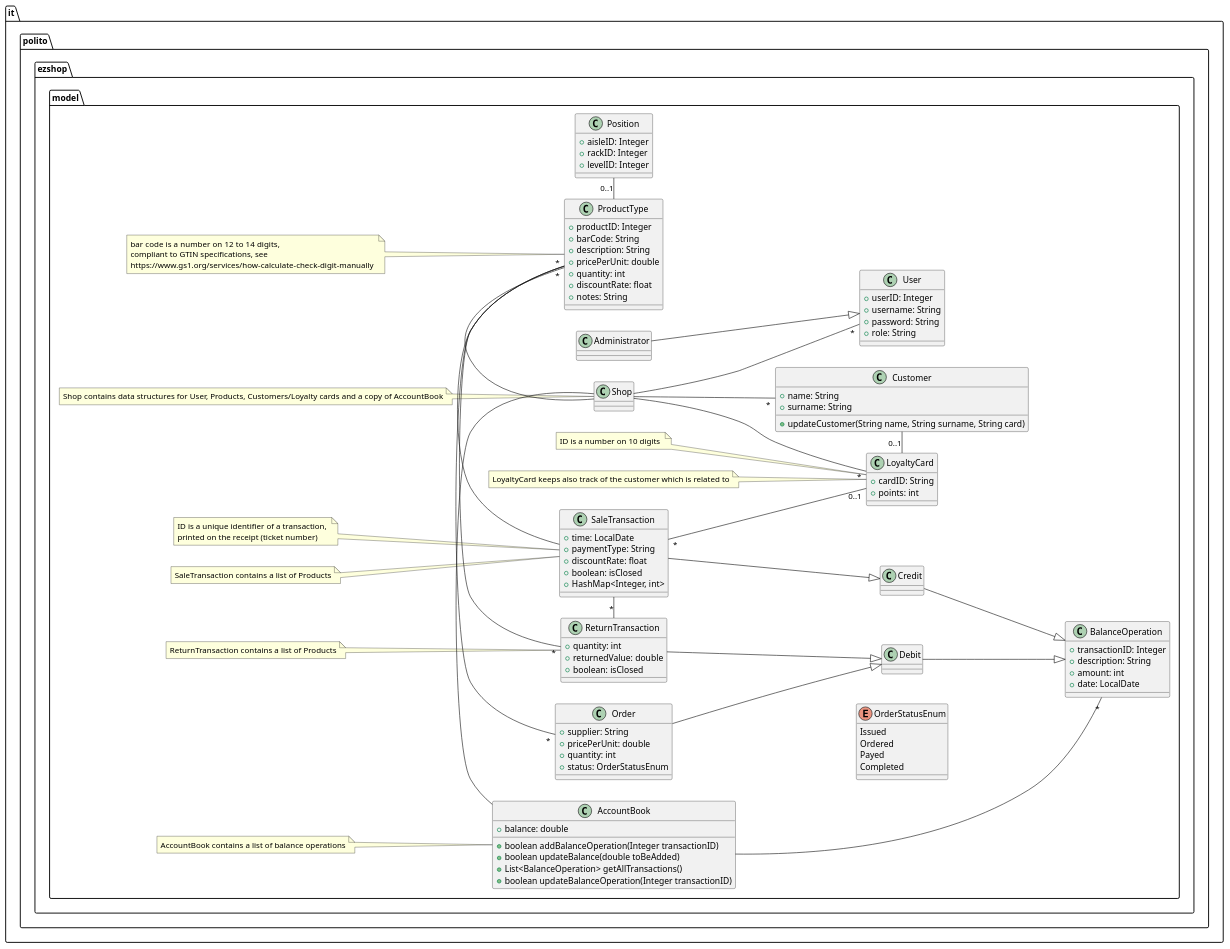
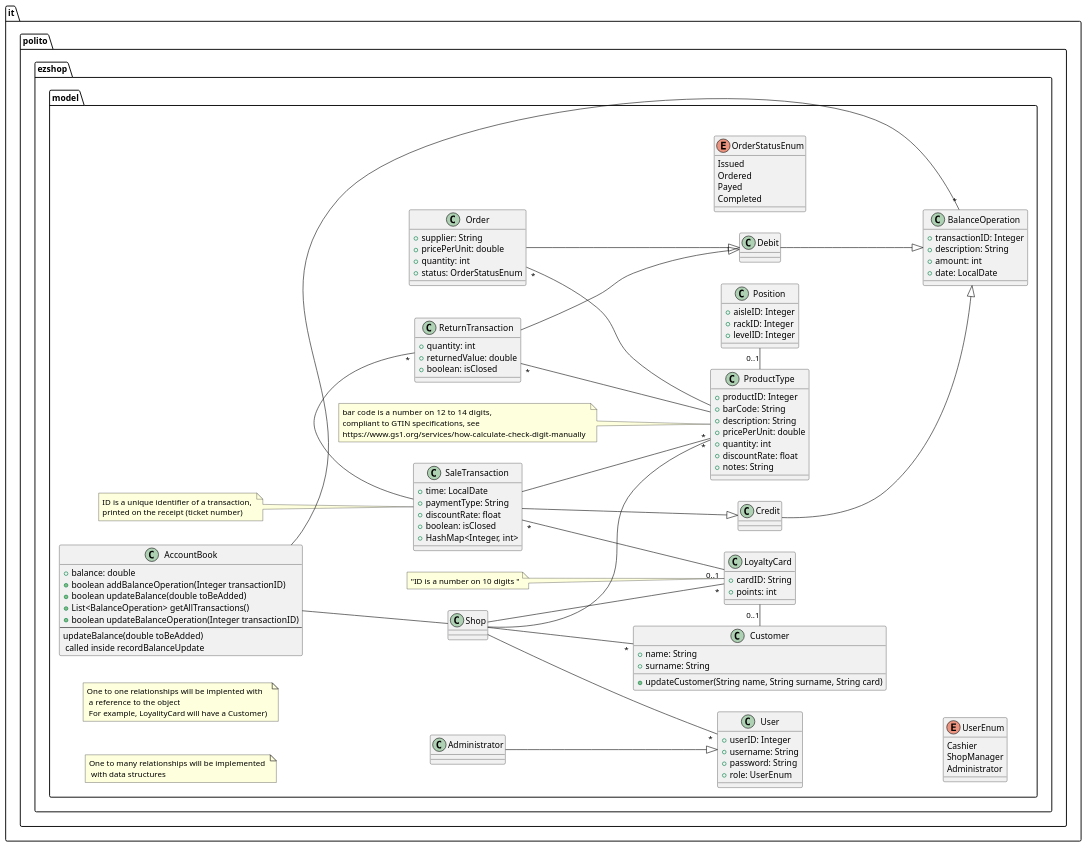
Before and after one commit to Stormz4/group20-EzShop: the third of 23 diagrams in Deliverables/DesignDocument.md, drawn with PlantUML. The commit also changed other lines of this file, not shown here.

Commit message:
Doc: Modified use case diagrams, class diagram and verification matrix

````diff
--- a/Deliverables/DesignDocument.md
+++ b/Deliverables/DesignDocument.md
@@ -151,6 +149,5 @@
 ```plantuml
 @startuml
-
 left to right direction
 
 
@@ -159,12 +156,34 @@
 
 }
 
+
+
+class ProductType{
+    +productID: Integer
+    +barCode: String
+    +description: String
+    +pricePerUnit: double
+    +quantity: int
+    +discountRate: float
+    +notes: String
+}
+
 class User{
     +userID: Integer
     +username: String
     +password: String
-    +role: String
+    +role: UserEnum
 }
+
+
+Enum UserEnum {
+    Cashier
+    ShopManager
+    Administrator
+}
+
+User -[hidden]-> UserEnum
+
 
 Administrator --|> User
 
@@ -176,8 +195,10 @@
  +boolean updateBalance(double toBeAdded)
  +List<BalanceOperation> getAllTransactions()
  +boolean updateBalanceOperation(Integer transactionID)
+ --
+ updateBalance(double toBeAdded)\n called inside recordBalanceUpdate
 }
-AccountBook - Shop
+AccountBook -down- Shop
 class BalanceOperation {
  +transactionID: Integer
  +description: String 
@@ -199,17 +220,8 @@
 ReturnTransaction --|> Debit
 
 
-class ProductType{
-    +productID: Integer
-    +barCode: String
-    +description: String
-    +pricePerUnit: double
-    +quantity: int
-    +discountRate: float
-    +notes: String
-}
 
-Shop - "*" ProductType
+Shop -down- "*" ProductType
 
 class SaleTransaction {
     +time: LocalDate
@@ -275,22 +287,14 @@
 ReturnTransaction "*" - SaleTransaction
 ReturnTransaction "*" - ProductType
 
-note "ID is a number on 10 digits " as N1  
-N1 .. LoyaltyCard
+note left of LoyaltyCard: "ID is a number on 10 digits "
 note "bar code is a number on 12 to 14  digits,\ncompliant to GTIN specifications, see \nhttps://www.gs1.org/services/how-calculate-check-digit-manually " as N2  
 N2 .. ProductType
 note "ID is a unique identifier of a transaction, \nprinted on the receipt (ticket number) " as N3
 N3 .. SaleTransaction
-note "AccountBook contains a list of balance operations" as N4
-N4 .. AccountBook
-note "Shop contains data structures for User, Products, Customers/Loyalty cards and a copy of AccountBook" as N5
-N5 .. Shop
-note "SaleTransaction contains a list of Products" as N6
-N6 .. SaleTransaction
-note "ReturnTransaction contains a list of Products" as N7
-N7 .. ReturnTransaction
-note "LoyaltyCard keeps also track of the customer which is related to" as N8
-N8 .. LoyaltyCard
+note "One to one relationships will be implented with \n a reference to the object \n For example, LoyalityCard will have a Customer) " as N4
+note "One to many relationships will be implemented \n with data structures" as N5
+
 }
 @enduml
 ```
````
